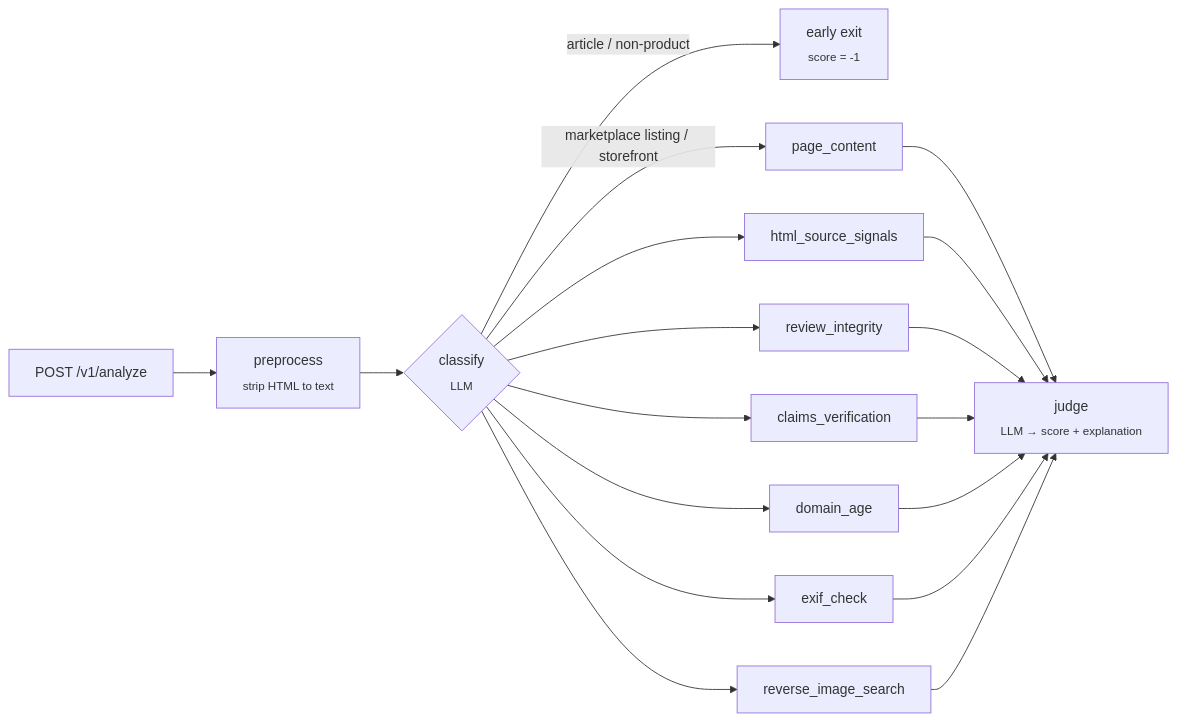
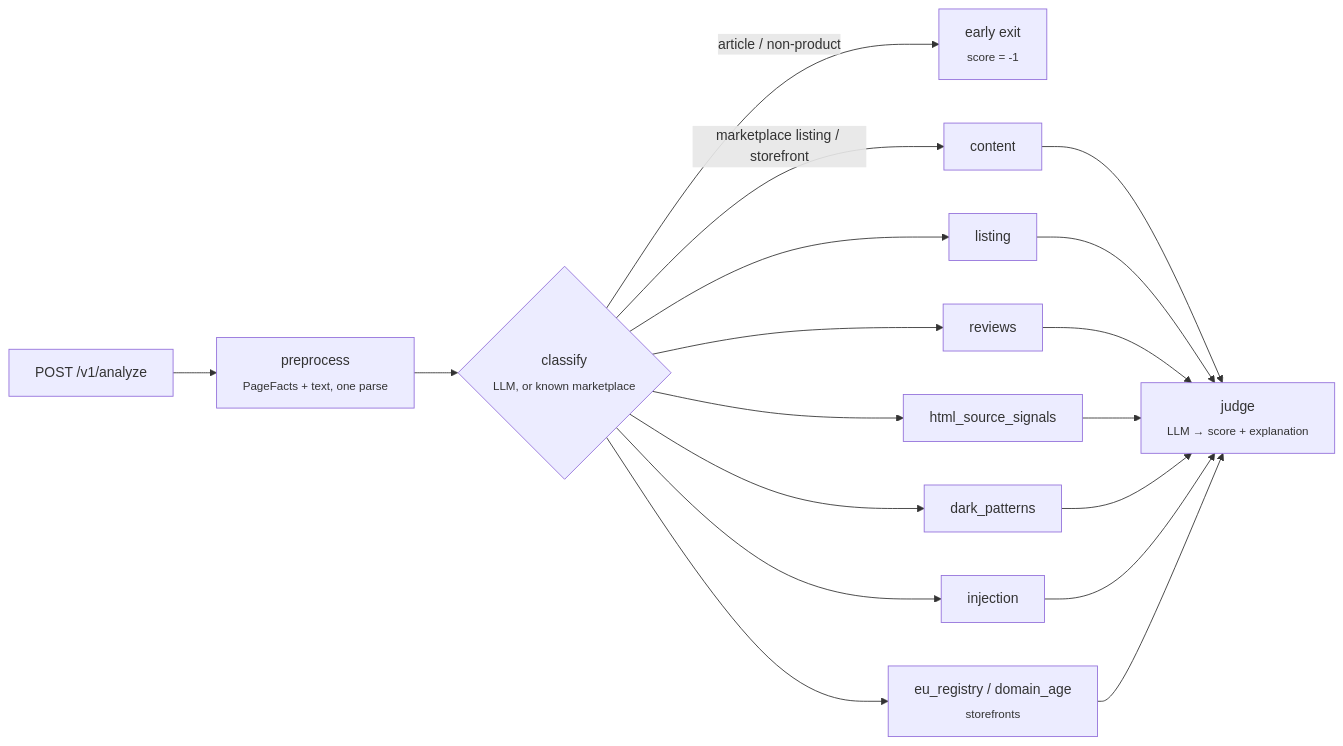
Before and after one commit to kroshtan/unfret_backend: the diagram in README.md, drawn with Mermaid. The commit also changed other lines of this file and 34 other files, not shown here.

````diff
--- a/README.md
+++ b/README.md
@@ -23,14 +23,14 @@
 ```mermaid
 flowchart LR
-    A[POST /v1/analyze] --> P[preprocess<br/><sub>strip HTML to text</sub>]
-    P --> C{classify<br/><sub>LLM</sub>}
+    A[POST /v1/analyze] --> P[preprocess<br/><sub>PageFacts + text, one parse</sub>]
+    P --> C{classify<br/><sub>LLM, or known marketplace</sub>}
     C -- article / non-product --> X[early exit<br/><sub>score = -1</sub>]
-    C -- marketplace listing / storefront --> S1[page_content]
-    C --> S2[html_source_signals]
-    C --> S3[review_integrity]
-    C --> S4[claims_verification]
-    C --> S5[domain_age]
-    C --> S6[exif_check]
-    C --> S7[reverse_image_search]
+    C -- marketplace listing / storefront --> S1[content]
+    C --> S2[listing]
+    C --> S3[reviews]
+    C --> S4[html_source_signals]
+    C --> S5[dark_patterns]
+    C --> S6[injection]
+    C --> S7[eu_registry / domain_age<br/><sub>storefronts</sub>]
     S1 & S2 & S3 & S4 & S5 & S6 & S7 --> J[judge<br/><sub>LLM → score + explanation</sub>]
 ```
````
